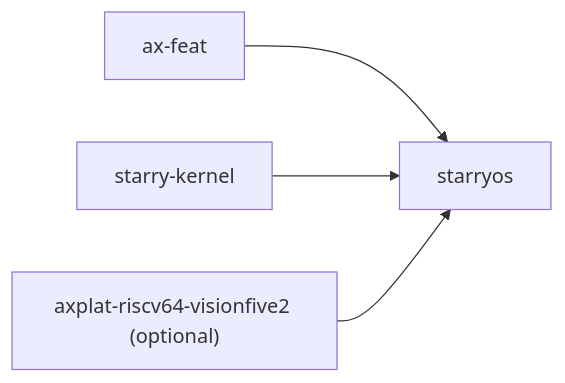
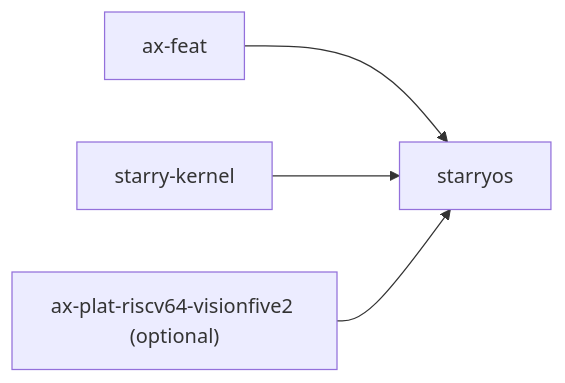
Before and after one commit to rcore-os/tgoskits: the second of 2 diagrams in docs/docs/components/crates/starryos.md, drawn with Mermaid. The commit also changed other lines of this file and 349 other files, not shown here.

First line of the commit message:
Implement platform-specific interrupt handling and setup for various architectures

````diff
--- a/docs/docs/components/crates/starryos.md
+++ b/docs/docs/components/crates/starryos.md
@@ -103,6 +103,6 @@
 ```mermaid
 graph LR
     ax-feat["ax-feat"] --> starryos["starryos"]
     kernel["starry-kernel"] --> starryos
-    vf2["axplat-riscv64-visionfive2 (optional)"] --> starryos
+    vf2["ax-plat-riscv64-visionfive2 (optional)"] --> starryos
 ```
````
